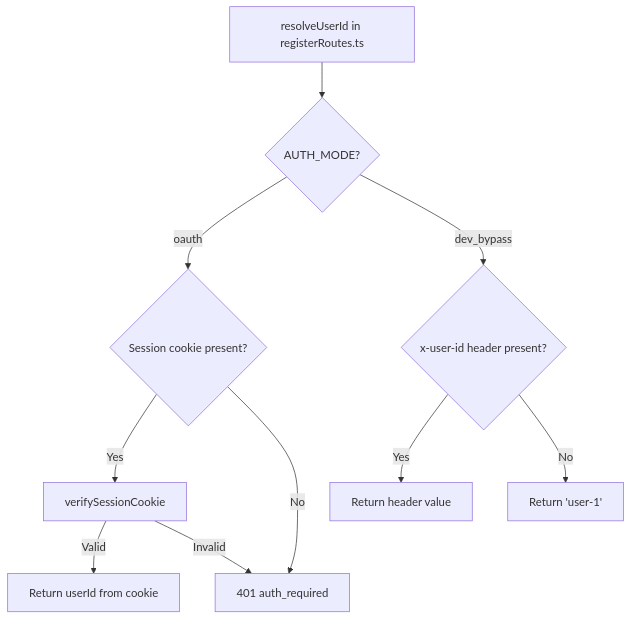
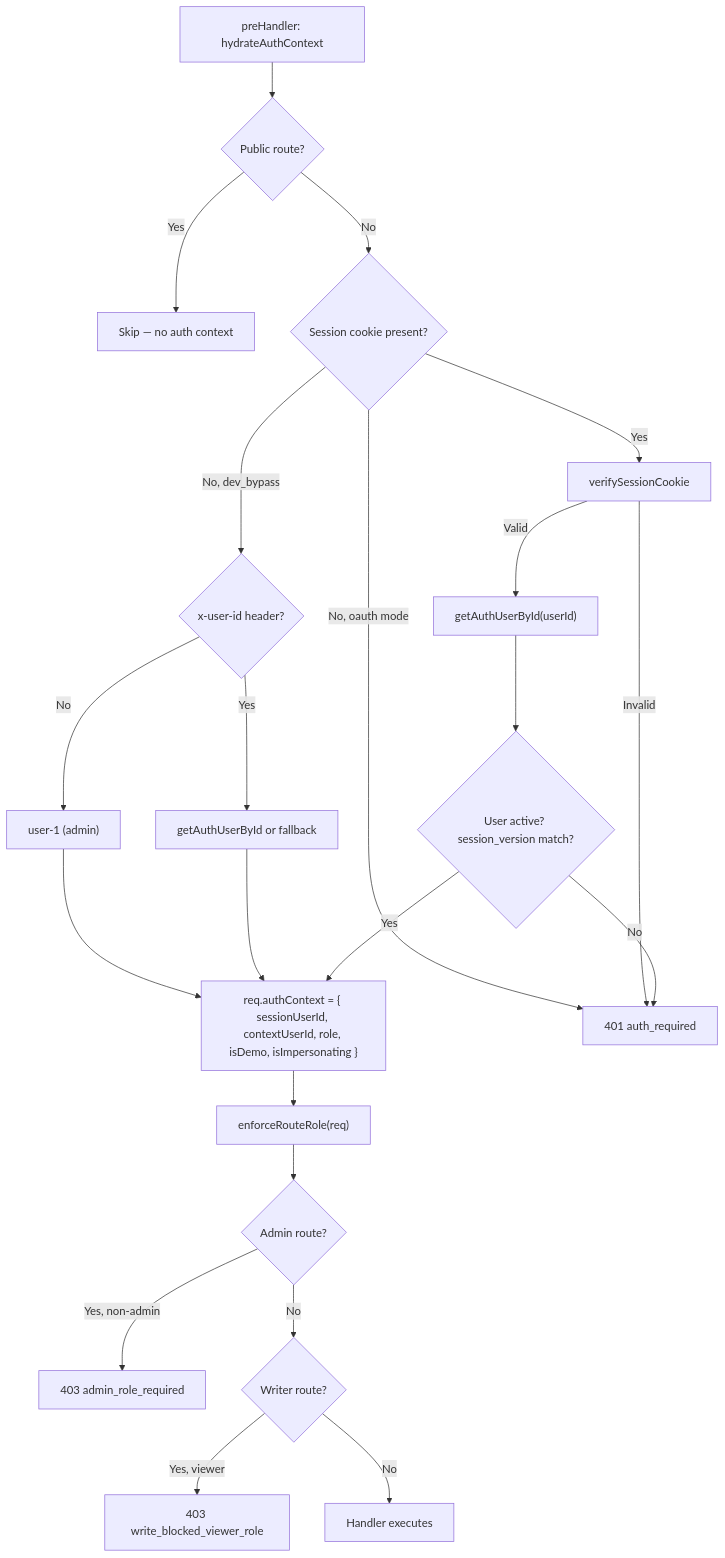
Before and after one commit to kzokv/tw-portfolio: the fifth of 8 diagrams in docs/001-architecture/auth-and-session.md, drawn with Mermaid. The commit also changed other lines of this file and 53 other files, not shown here.

First line of the commit message:
feat(api): KZO-143: auth foundations — roles, invites, session_version, INITIAL_ADMIN_EMAIL

````diff
--- a/docs/001-architecture/auth-and-session.md
+++ b/docs/001-architecture/auth-and-session.md
@@ -158,12 +168,24 @@
 ```mermaid
 flowchart TD
-  A[resolveUserId in registerRoutes.ts] --> B{AUTH_MODE?}
-  B -->|oauth| C{Session cookie present?}
+  A["preHandler: hydrateAuthContext"] --> B{Public route?}
+  B -->|Yes| Z[Skip — no auth context]
+  B -->|No| C{Session cookie present?}
   C -->|Yes| D[verifySessionCookie]
-  D -->|Valid| E[Return userId from cookie]
-  D -->|Invalid| F[401 auth_required]
-  C -->|No| F
-  B -->|dev_bypass| G{x-user-id header present?}
-  G -->|Yes| H[Return header value]
-  G -->|No| I[Return 'user-1']
+  D -->|Valid| E["getAuthUserById(userId)"]
+  E --> F{User active? session_version match?}
+  F -->|Yes| G["req.authContext = { sessionUserId, contextUserId, role, isDemo, isImpersonating }"]
+  F -->|No| H[401 auth_required]
+  D -->|Invalid| H
+  C -->|No, oauth mode| H
+  C -->|No, dev_bypass| I{x-user-id header?}
+  I -->|Yes| J["getAuthUserById or fallback"]
+  I -->|No| K["user-1 (admin)"]
+  J --> G
+  K --> G
+  G --> L["enforceRouteRole(req)"]
+  L --> M{Admin route?}
+  M -->|Yes, non-admin| N[403 admin_role_required]
+  M -->|No| O{Writer route?}
+  O -->|Yes, viewer| P[403 write_blocked_viewer_role]
+  O -->|No| Q[Handler executes]
 ```
````
